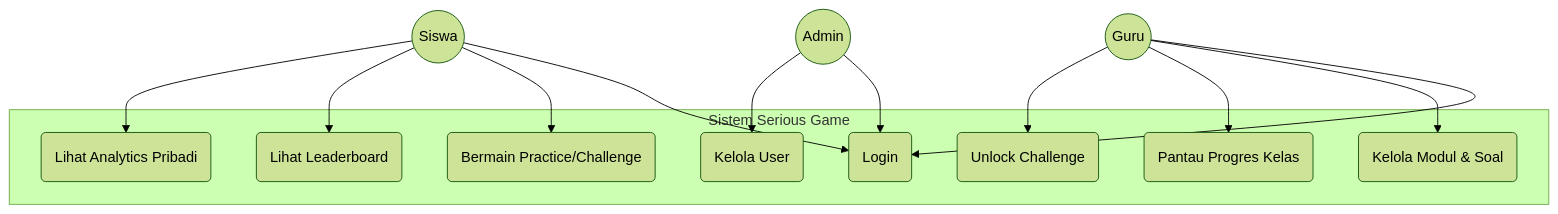
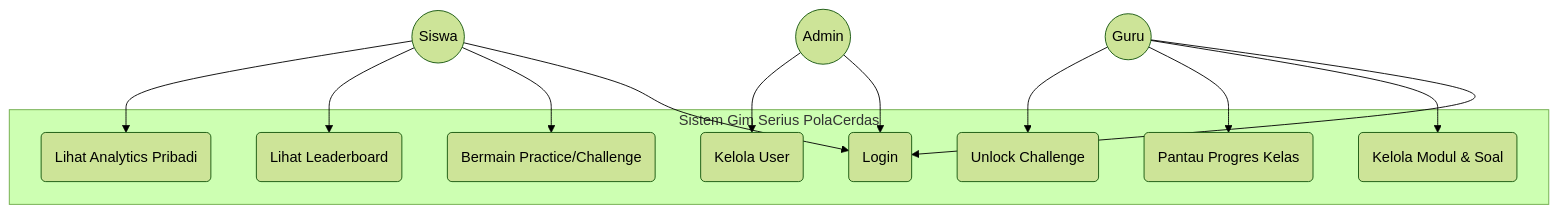
The first of 3 diagrams in Analisis_dan_Spesifikasi_Sistem.md (muhtadi/serious_game), drawn with Mermaid (forest theme) before and after one commit. The commit also changed other lines of this file and 621 other files, not shown here.

````diff
--- a/Analisis_dan_Spesifikasi_Sistem.md
+++ b/Analisis_dan_Spesifikasi_Sistem.md
@@ -56,30 +63,30 @@
 ```mermaid
 graph TD
     Siswa((Siswa))
     Guru((Guru))
     Admin((Admin))
 
-    subgraph "Sistem Serious Game"
+    subgraph "Sistem Gim Serius PolaCerdas"
         UC1(Login)
         UC2(Bermain Practice/Challenge)
         UC3(Lihat Leaderboard)
         UC4(Lihat Analytics Pribadi)
         UC5(Kelola Modul & Soal)
         UC6(Pantau Progres Kelas)
         UC7(Unlock Challenge)
         UC8(Kelola User)
     end
 
     Siswa --> UC1
     Siswa --> UC2
     Siswa --> UC3
     Siswa --> UC4
 
     Guru --> UC1
     Guru --> UC5
     Guru --> UC6
     Guru --> UC7
 
     Admin --> UC1
     Admin --> UC8
 ```
````
